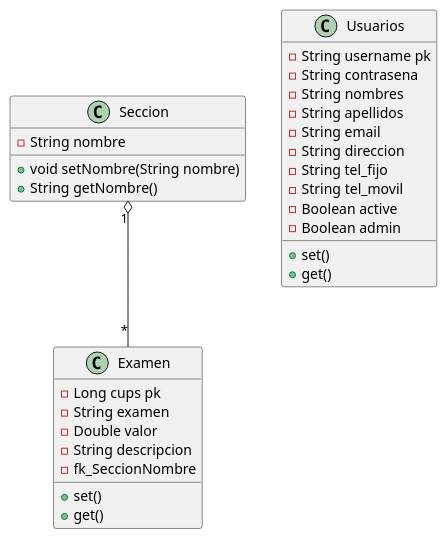
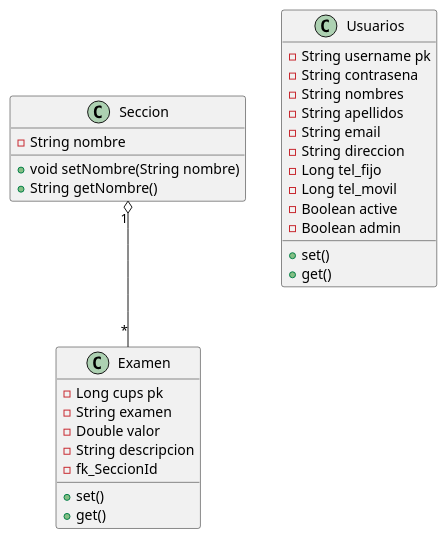
One commit to guevara1981/ProyectoMisionTicCiclo3 changed the diagram in agenda-lab/doc/modelo_datos.puml. Above: the diagram before and after it, drawn with PlantUML. The commit also changed 8 other files, not shown here.

```diff
--- a/agenda-lab/doc/modelo_datos.puml
+++ b/agenda-lab/doc/modelo_datos.puml
@@ -1,37 +1,37 @@
 @startuml
 
 class Seccion{
     - String nombre
     + void setNombre(String nombre)
     + String getNombre()
 
 }
 
 class Examen{
     - Long cups pk
     - String examen
     - Double valor
     - String descripcion
-    - fk_SeccionNombre
+    - fk_SeccionId
     + set()
     + get()
 }
 Seccion "1" o-- "*" Examen
 
 class Usuarios{
     - String username pk
     - String contrasena
     - String nombres
     - String apellidos
     - String email
     - String direccion
-    - String tel_fijo
-    - String tel_movil
+    - Long tel_fijo
+    - Long tel_movil
     - Boolean active
     - Boolean admin
     +set()
     +get()
 
 }
 
 @enduml
```
